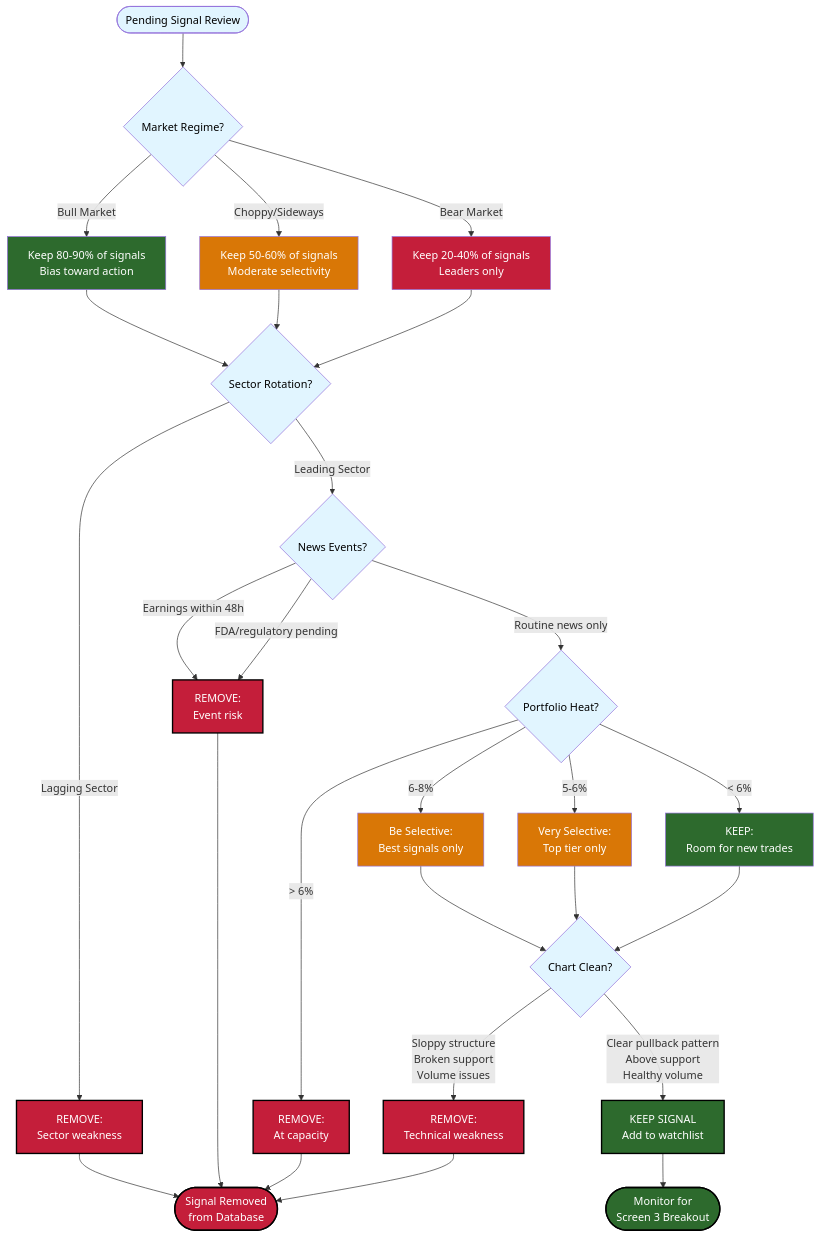
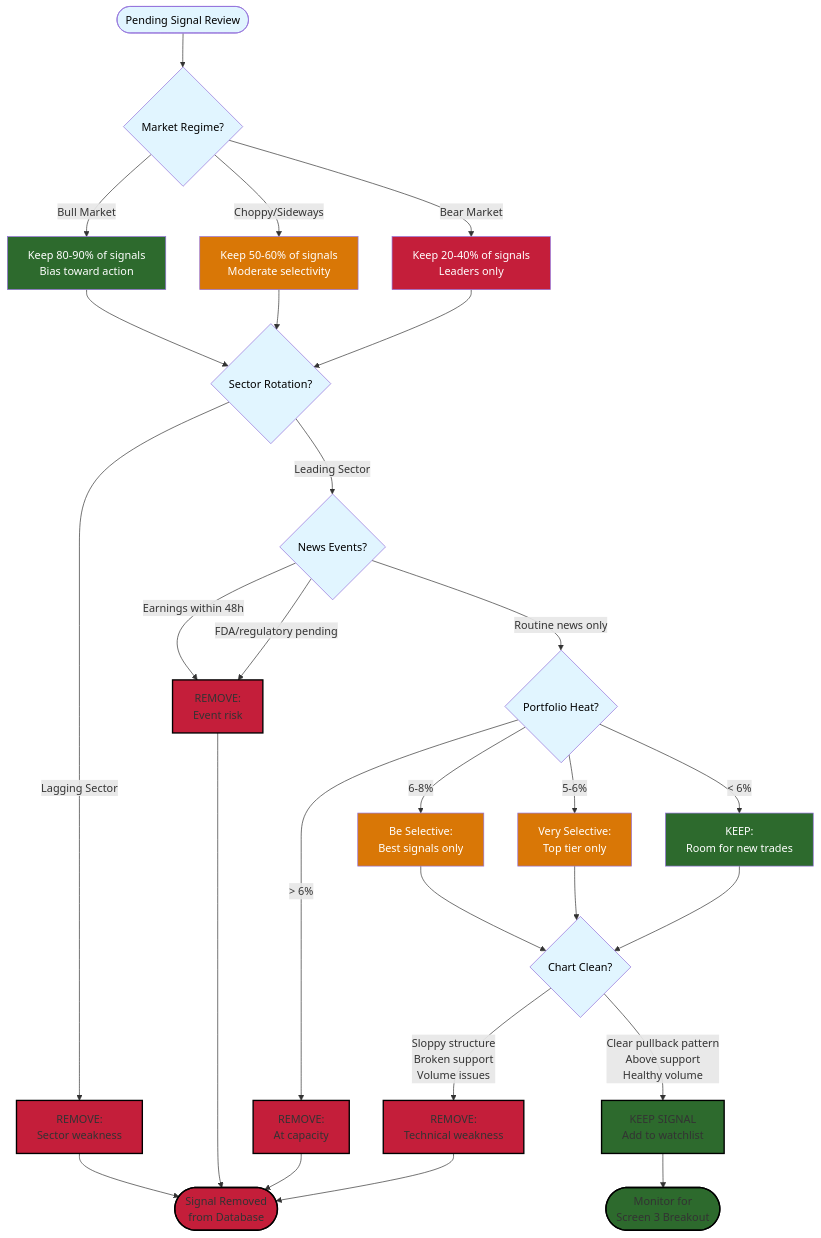
The diagram in docs/guides/GUIDE-003-daily-signal-removal.md (ouegy/triple-screen-docs), drawn with Mermaid before and after one commit. The commit also changed 4 other files, not shown here.

Commit message:
fix: Add !important to flowchart text colors to override Mermaid defaults

````diff
--- a/docs/guides/GUIDE-003-daily-signal-removal.md
+++ b/docs/guides/GUIDE-003-daily-signal-removal.md
@@ -257,57 +257,57 @@
 ```mermaid
 graph TD
     Start([Pending Signal Review]) --> MarketRegime{Market Regime?}
 
     MarketRegime -->|Bull Market| BullKeep[Keep 80-90% of signals<br/>Bias toward action]
     MarketRegime -->|Choppy/Sideways| ChoppyKeep[Keep 50-60% of signals<br/>Moderate selectivity]
     MarketRegime -->|Bear Market| BearKeep[Keep 20-40% of signals<br/>Leaders only]
 
     BullKeep --> SectorCheck{Sector Rotation?}
     ChoppyKeep --> SectorCheck
     BearKeep --> SectorCheck
 
     SectorCheck -->|Leading Sector| NewsCheck{News Events?}
     SectorCheck -->|Lagging Sector| Remove1[REMOVE:<br/>Sector weakness]
 
     NewsCheck -->|Earnings within 48h| Remove2[REMOVE:<br/>Event risk]
     NewsCheck -->|FDA/regulatory pending| Remove2
     NewsCheck -->|Routine news only| HeatCheck{Portfolio Heat?}
 
     HeatCheck -->|< 6%| Keep1[KEEP:<br/>Room for new trades]
     HeatCheck -->|6-8%| Selective[Be Selective:<br/>Best signals only]
     HeatCheck -->|5-6%| VerySelective[Very Selective:<br/>Top tier only]
     HeatCheck -->|> 6%| Remove3[REMOVE:<br/>At capacity]
 
     Selective --> ChartCheck{Chart Clean?}
     VerySelective --> ChartCheck
     Keep1 --> ChartCheck
 
     ChartCheck -->|Clear pullback pattern<br/>Above support<br/>Healthy volume| FinalKeep[KEEP SIGNAL<br/>Add to watchlist]
     ChartCheck -->|Sloppy structure<br/>Broken support<br/>Volume issues| Remove4[REMOVE:<br/>Technical weakness]
 
     Remove1 --> End([Signal Removed<br/>from Database])
     Remove2 --> End
     Remove3 --> End
     Remove4 --> End
     FinalKeep --> Monitor([Monitor for<br/>Screen 3 Breakout])
 
     style Start fill:#e1f5ff,color:#000
-    style FinalKeep fill:#2d6a2d,color:#fff,stroke:#000,stroke-width:2px
-    style Monitor fill:#2d6a2d,color:#fff,stroke:#000,stroke-width:2px
-    style Remove1 fill:#c41e3a,color:#fff,stroke:#000,stroke-width:2px
-    style Remove2 fill:#c41e3a,color:#fff,stroke:#000,stroke-width:2px
-    style Remove3 fill:#c41e3a,color:#fff,stroke:#000,stroke-width:2px
-    style Remove4 fill:#c41e3a,color:#fff,stroke:#000,stroke-width:2px
-    style End fill:#c41e3a,color:#fff,stroke:#000,stroke-width:2px
+    style FinalKeep fill:#2d6a2d,color:#fff !important,stroke:#000,stroke-width:2px
+    style Monitor fill:#2d6a2d,color:#fff !important,stroke:#000,stroke-width:2px
+    style Remove1 fill:#c41e3a,color:#fff !important,stroke:#000,stroke-width:2px
+    style Remove2 fill:#c41e3a,color:#fff !important,stroke:#000,stroke-width:2px
+    style Remove3 fill:#c41e3a,color:#fff !important,stroke:#000,stroke-width:2px
+    style Remove4 fill:#c41e3a,color:#fff !important,stroke:#000,stroke-width:2px
+    style End fill:#c41e3a,color:#fff !important,stroke:#000,stroke-width:2px
     style MarketRegime fill:#e1f5ff,color:#000
     style BullKeep fill:#2d6a2d,color:#fff
     style ChoppyKeep fill:#d97706,color:#fff
     style BearKeep fill:#c41e3a,color:#fff
     style SectorCheck fill:#e1f5ff,color:#000
     style NewsCheck fill:#e1f5ff,color:#000
     style HeatCheck fill:#e1f5ff,color:#000
     style ChartCheck fill:#e1f5ff,color:#000
     style Keep1 fill:#2d6a2d,color:#fff
     style Selective fill:#d97706,color:#fff
     style VerySelective fill:#d97706,color:#fff
 ```
````
